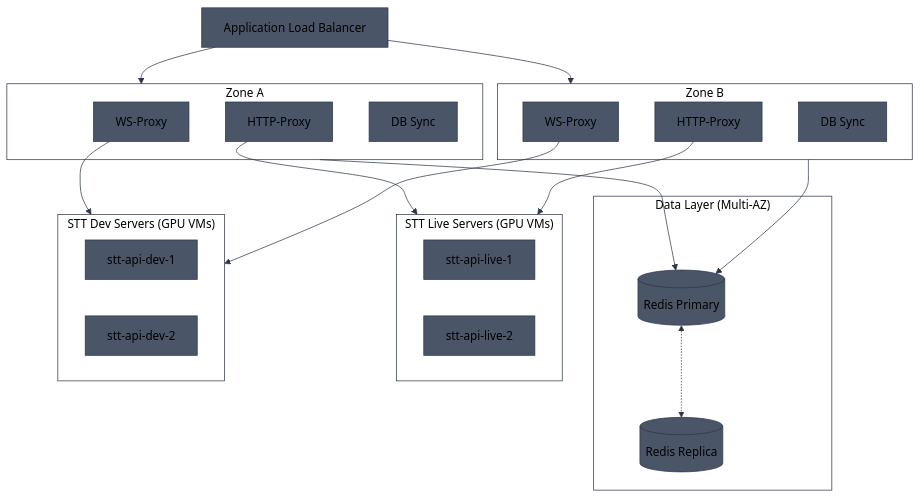
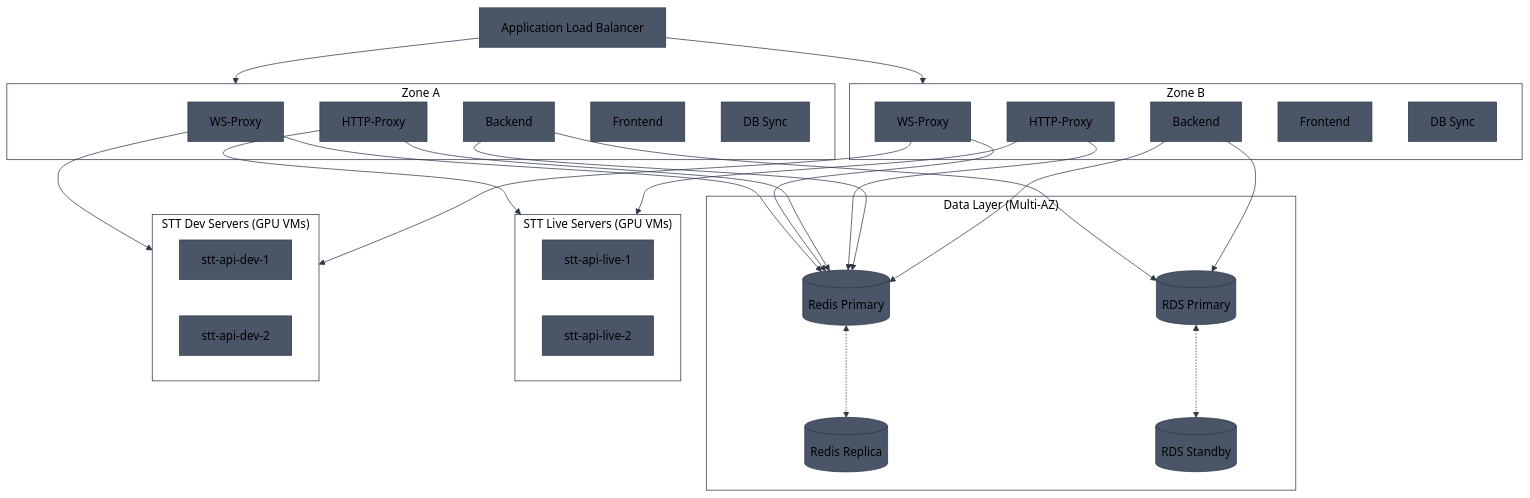
Before and after one commit to aldea-ai/infrastructure-docs: the fourth of 8 diagrams in diagrams/ecs-architecture.md, drawn with Mermaid. The commit also changed other lines of this file, not shown here.

Commit message:
Add Frontend and Backend services to architecture diagrams

````diff
--- a/diagrams/ecs-architecture.md
+++ b/diagrams/ecs-architecture.md
@@ -141,38 +145,46 @@
 ```mermaid
 %%{init: {'theme': 'base', 'themeVariables': { 'primaryColor': '#4a5568', 'primaryTextColor': '#000', 'primaryBorderColor': '#2d3748', 'lineColor': '#2d3748', 'secondaryColor': '#5a6577', 'tertiaryColor': '#6b7280', 'clusterBkg': 'transparent', 'clusterBorder': '#2d3748', 'titleColor': '#000'}}}%%
 flowchart TB
     LB[Application Load Balancer]
 
     subgraph AZ_A["Zone A"]
         WS_A[WS-Proxy]
         HTTP_A[HTTP-Proxy]
+        BE_A[Backend]
+        FE_A[Frontend]
         SQS_A[DB Sync]
     end
 
     subgraph AZ_B["Zone B"]
         WS_B[WS-Proxy]
         HTTP_B[HTTP-Proxy]
+        BE_B[Backend]
+        FE_B[Frontend]
         SQS_B[DB Sync]
     end
 
     subgraph Data["Data Layer (Multi-AZ)"]
         REDIS_P[(Redis Primary)]
         REDIS_R[(Redis Replica)]
+        RDS_P[(RDS Primary)]
+        RDS_R[(RDS Standby)]
     end
 
     subgraph STT_Live["STT Live Servers (GPU VMs)"]
         LIVE1[stt-api-live-1]
         LIVE2[stt-api-live-2]
     end
 
     subgraph STT_Dev["STT Dev Servers (GPU VMs)"]
         DEV1[stt-api-dev-1]
         DEV2[stt-api-dev-2]
     end
 
     LB --> AZ_A & AZ_B
-    AZ_A & AZ_B --> REDIS_P
+    WS_A & WS_B & HTTP_A & HTTP_B --> REDIS_P
+    BE_A & BE_B --> REDIS_P & RDS_P
     REDIS_P <-.-> REDIS_R
+    RDS_P <-.-> RDS_R
     HTTP_A & HTTP_B --> STT_Live
     WS_A & WS_B --> STT_Dev
 ```
````
